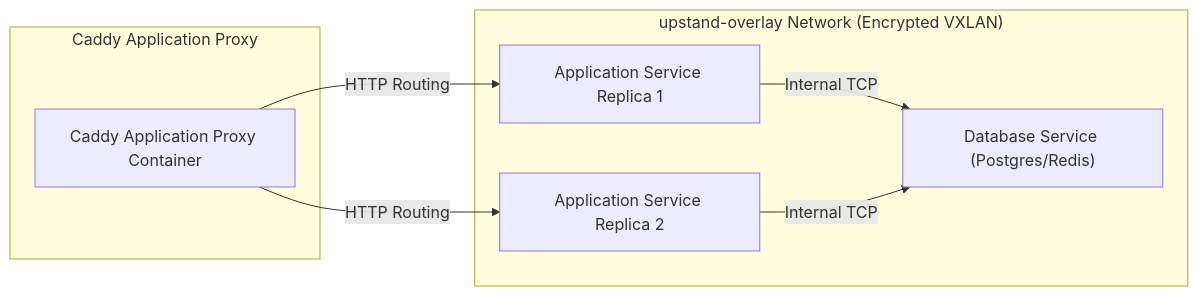
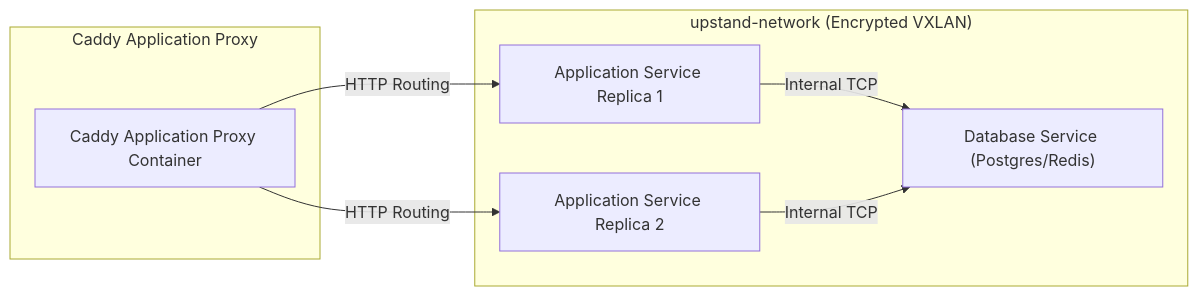
The second of 2 diagrams in apps/fumadocs/content/docs/features/servers.mdx (UpstandPlatform/upstand), drawn with Mermaid before and after one commit. The commit also changed other lines of this file and 16 other files, not shown here.

````diff
--- a/apps/fumadocs/content/docs/features/servers.mdx
+++ b/apps/fumadocs/content/docs/features/servers.mdx
@@ -41,17 +47,17 @@
 ```mermaid
 graph LR
     subgraph Ingress["Caddy Application Proxy"]
         CaddyProxy["Caddy Application Proxy Container"]
     end
 
-    subgraph OverlayNet["upstand-overlay Network (Encrypted VXLAN)"]
+    subgraph OverlayNet["upstand-network (Encrypted VXLAN)"]
         AppSvc1["Application Service Replica 1"]
         AppSvc2["Application Service Replica 2"]
         DbSvc["Database Service (Postgres/Redis)"]
     end
 
     CaddyProxy -->|HTTP Routing| AppSvc1
     CaddyProxy -->|HTTP Routing| AppSvc2
     AppSvc1 -->|Internal TCP| DbSvc
     AppSvc2 -->|Internal TCP| DbSvc
 ```
````
